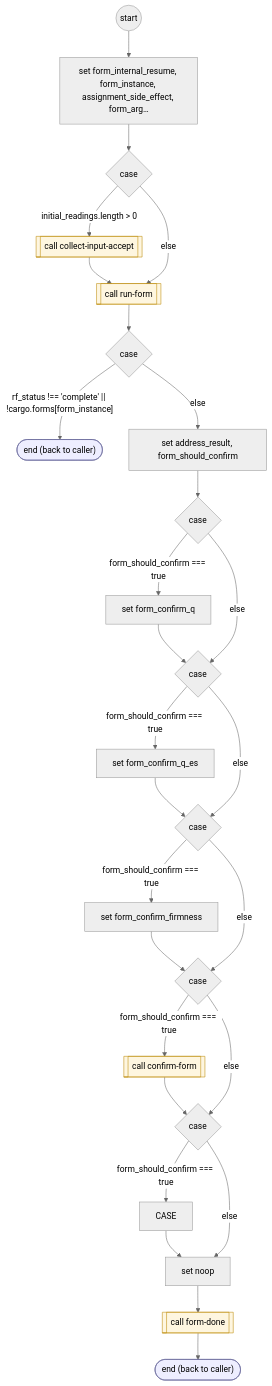
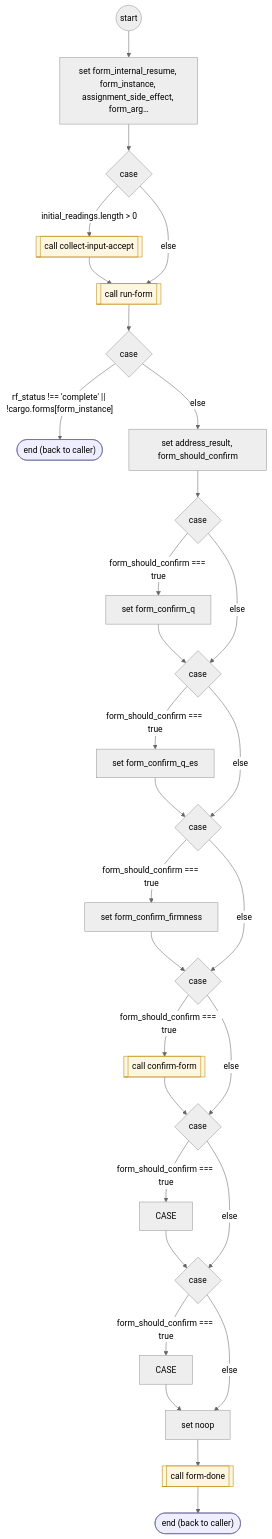
Before and after one commit to ronpinkas/jsfe: the second of 2 diagrams in docs/flows/system/collect-geocoded-address.md, drawn with Mermaid (neutral theme). The commit also changed 6 other files, not shown here.

Commit message:
jsfe flows: reference copy of the prod shared sets from AIDevelopment 2618f15

````diff
--- a/docs/flows/system/collect-geocoded-address.md
+++ b/docs/flows/system/collect-geocoded-address.md
@@ -46,60 +46,65 @@
 ```mermaid
 flowchart TD
    START(("start"))
    n0["set form_internal_resume, form_instance, assignment_side_effect, form_arg…"]
    START --> n0
    c1{"case"}
    n0 --> c1
    b2[["call collect-input-accept"]]
    class b2 flowstep
    c1 -- "initial_readings.length #gt; 0" --> b2
    n3[["call run-form"]]
    class n3 flowstep
    b2 --> n3
    c1 -- "else" --> n3
    c4{"case"}
    n3 --> c4
    b5(["end (back to caller)"])
    class b5 endstep
    c4 -- "rf_status !== 'complete' #124;#124; !cargo.forms[form_instance]" --> b5
    n6["set address_result, form_should_confirm"]
    c4 -- "else" --> n6
    c7{"case"}
    n6 --> c7
    b8["set form_confirm_q"]
    c7 -- "form_should_confirm === true" --> b8
    c9{"case"}
    b8 --> c9
    c7 -- "else" --> c9
    b10["set form_confirm_q_es"]
    c9 -- "form_should_confirm === true" --> b10
    c11{"case"}
    b10 --> c11
    c9 -- "else" --> c11
    b12["set form_confirm_firmness"]
    c11 -- "form_should_confirm === true" --> b12
    c13{"case"}
    b12 --> c13
    c11 -- "else" --> c13
    b14[["call confirm-form"]]
    class b14 flowstep
    c13 -- "form_should_confirm === true" --> b14
    c15{"case"}
    b14 --> c15
    c13 -- "else" --> c15
    b16["CASE"]
    c15 -- "form_should_confirm === true" --> b16
-   n17["set noop"]
-   b16 --> n17
-   c15 -- "else" --> n17
-   n18[["call form-done"]]
-   class n18 flowstep
-   n17 --> n18
+   c17{"case"}
+   b16 --> c17
+   c15 -- "else" --> c17
+   b18["CASE"]
+   c17 -- "form_should_confirm === true" --> b18
+   n19["set noop"]
+   b18 --> n19
+   c17 -- "else" --> n19
+   n20[["call form-done"]]
+   class n20 flowstep
+   n19 --> n20
    DONE(["end (back to caller)"])
    class DONE endstep
-   n18 --> DONE
+   n20 --> DONE
    classDef endstep fill:#eef,stroke:#669
    classDef toolstep fill:#efe,stroke:#696
    classDef flowstep fill:#fef6e0,stroke:#b80
    classDef inputstep fill:#f3eefc,stroke:#75a
 ```
````
